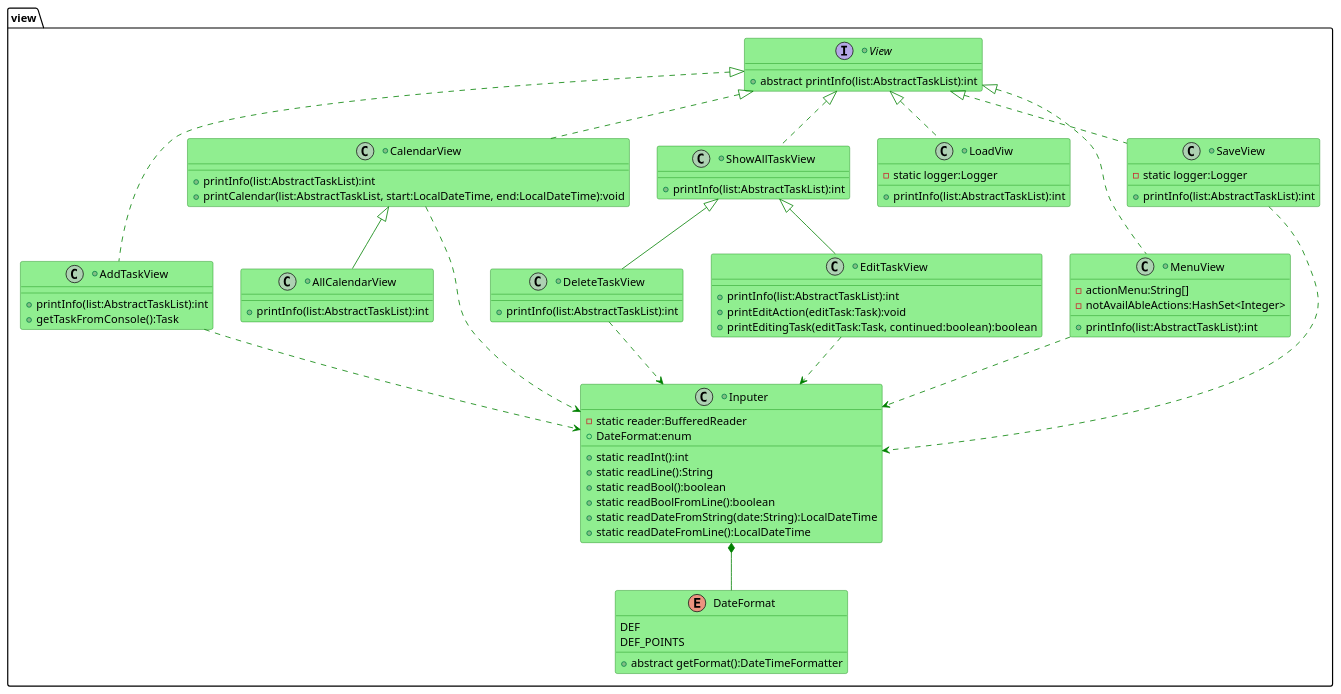
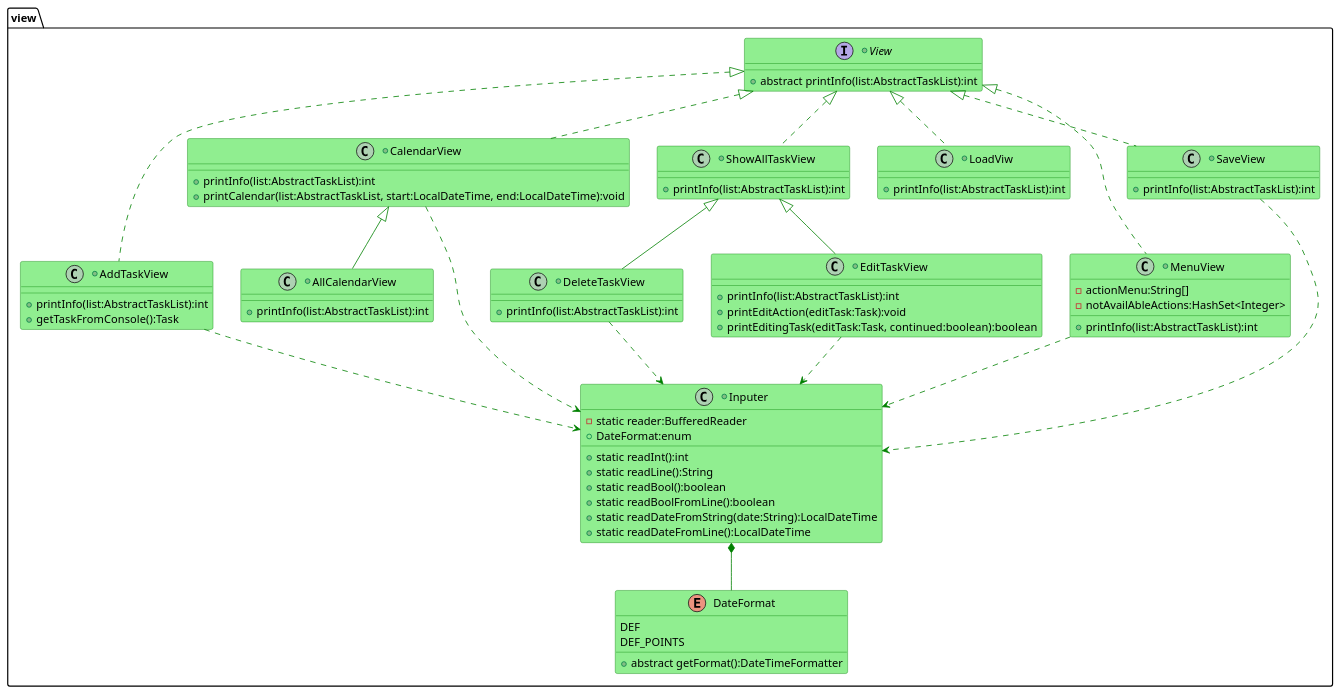
The diagram in ClassDiagramView.puml (Igorstar23/TaskManager), drawn with PlantUML before and after one commit. The commit also changed 10 other files, not shown here.

```diff
--- a/ClassDiagramView.puml
+++ b/ClassDiagramView.puml
@@ -1,86 +1,84 @@
 @startuml
 'https://plantuml.com/class-diagram
 
 skinparam class {
   ' задаем светлозеленый цвет для фона классов по умолчанию
   BackgroundColor LightGreen
   ' задаем синий цвет для связей классов по умолчанию
   ArrowColor      Green
   ' задаем красный цвет для контуров классов по умолчанию
   BorderColor     Green
 }
 
 package "view" {
     +interface View {
         +abstract printInfo(list:AbstractTaskList):int
     }
 
     +class AddTaskView implements View {
           +printInfo(list:AbstractTaskList):int
           +getTaskFromConsole():Task
     }
 
     +class AllCalendarView extends CalendarView {
           +printInfo(list:AbstractTaskList):int
     }
 
     +class CalendarView implements View {
           +printInfo(list:AbstractTaskList):int
           +printCalendar(list:AbstractTaskList, start:LocalDateTime, end:LocalDateTime):void
     }
 
     +class DeleteTaskView extends ShowAllTaskView {
           +printInfo(list:AbstractTaskList):int
     }
 
     +class EditTaskView extends ShowAllTaskView {
           +printInfo(list:AbstractTaskList):int
           +printEditAction(editTask:Task):void
           +printEditingTask(editTask:Task, continued:boolean):boolean
     }
 
     +class LoadViw implements View {
-          -static logger:Logger
           +printInfo(list:AbstractTaskList):int
     }
 
     +class MenuView implements View {
           -actionMenu:String[]
           -notAvailAbleActions:HashSet<Integer>
           +printInfo(list:AbstractTaskList):int
     }
 
     +class SaveView implements View {
-          -static logger:Logger
           +printInfo(list:AbstractTaskList):int
     }
 
     +class ShowAllTaskView implements View {
           +printInfo(list:AbstractTaskList):int
     }
 
     +class Inputer {
               -static reader:BufferedReader
               +DateFormat:enum
               +static readInt():int
               +static readLine():String
               +static readBool():boolean
               +static readBoolFromLine():boolean
               +static readDateFromString(date:String):LocalDateTime
               +static readDateFromLine():LocalDateTime
         }
         enum DateFormat {
              DEF
              DEF_POINTS
              +abstract getFormat():DateTimeFormatter
         }
         Inputer *-- DateFormat
         AddTaskView ..> Inputer
         CalendarView ..> Inputer
         DeleteTaskView ..> Inputer
         EditTaskView ..> Inputer
         MenuView ..> Inputer
         SaveView ..> Inputer
 }
 
 @enduml
```
